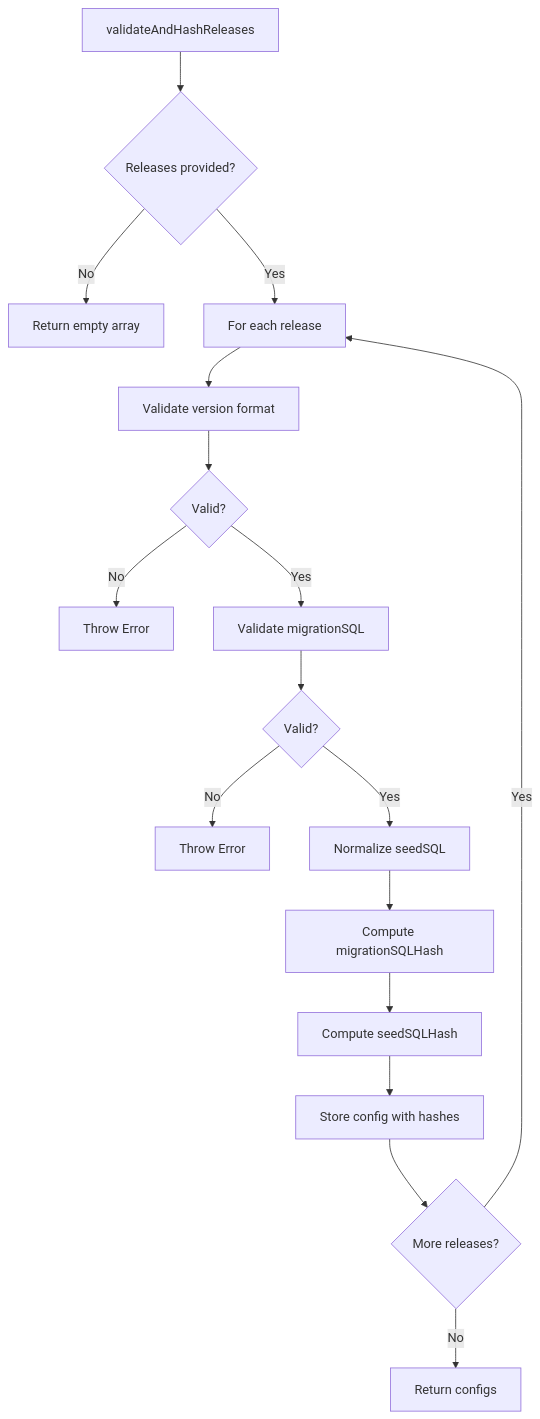
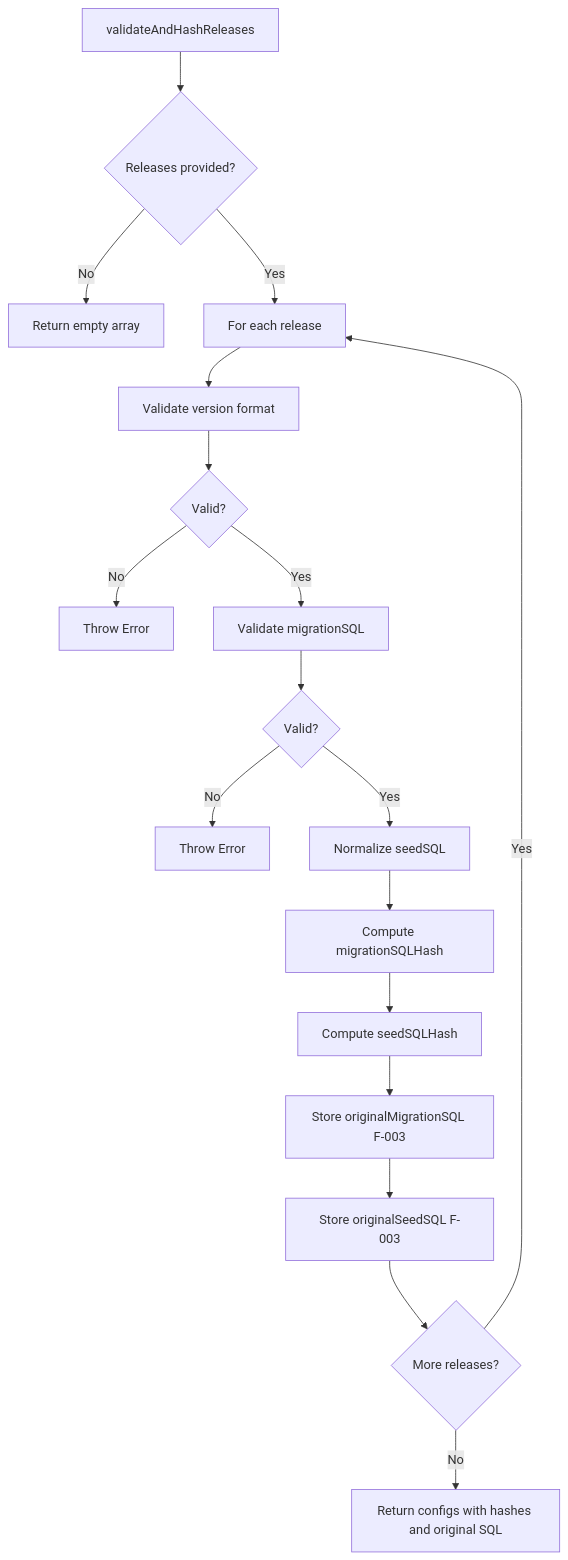
One commit to wuchuheng/web-sqlite-js changed the second of 8 diagrams in agent-docs/05-design/03-modules/release-management.md. Above: the diagram before and after it, drawn with Mermaid. The commit also changed other lines of this file and 52 other files, not shown here.

````diff
--- a/agent-docs/05-design/03-modules/release-management.md
+++ b/agent-docs/05-design/03-modules/release-management.md
@@ -139,19 +176,20 @@
 ```mermaid
 flowchart TD
     A[validateAndHashReleases] --> B{Releases provided?}
     B -->|No| C[Return empty array]
     B -->|Yes| D[For each release]
     D --> E[Validate version format]
     E --> F{Valid?}
     F -->|No| G[Throw Error]
     F -->|Yes| H[Validate migrationSQL]
     H --> I{Valid?}
     I -->|No| J[Throw Error]
     I -->|Yes| K[Normalize seedSQL]
     K --> L[Compute migrationSQLHash]
     L --> M[Compute seedSQLHash]
-    M --> N[Store config with hashes]
-    N --> O{More releases?}
-    O -->|Yes| D
-    O -->|No| P[Return configs]
+    M --> N[Store originalMigrationSQL F-003]
+    N --> O[Store originalSeedSQL F-003]
+    O --> P{More releases?}
+    P -->|Yes| D
+    P -->|No| Q[Return configs with hashes and original SQL]
 ```
````
